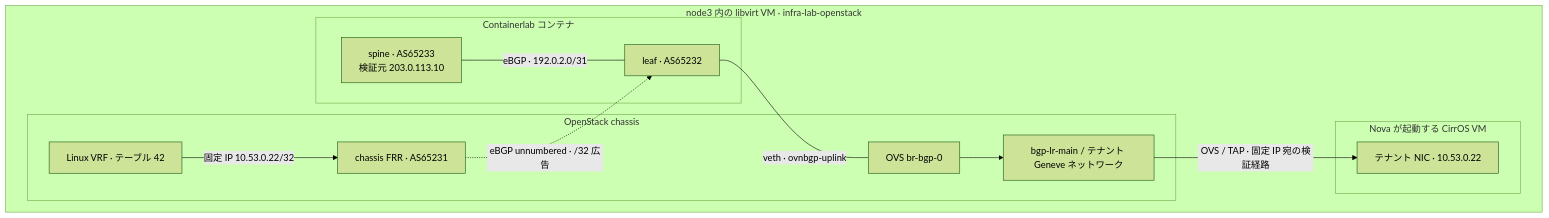
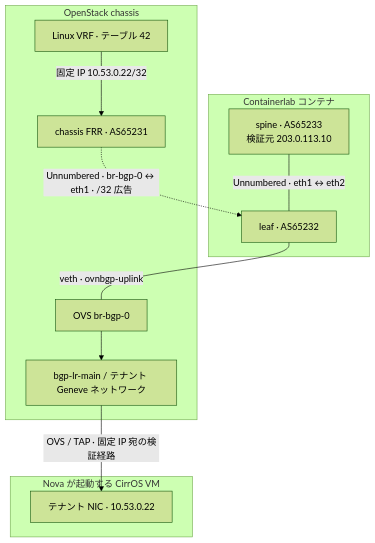
One commit to sugaf1204/infra-lab changed the diagram in openstack-ovn-bgp-service-plugin/README.md. Above: the diagram before and after it, drawn with Mermaid (forest theme). The commit also changed other lines of this file and 19 other files, not shown here.

Commit message:
Use interface-only BGP unnumbered throughout the lab

````diff
--- a/openstack-ovn-bgp-service-plugin/README.md
+++ b/openstack-ovn-bgp-service-plugin/README.md
@@ -7,24 +7,22 @@
 ```mermaid
 flowchart TB
-    subgraph HOST["node3 内の libvirt VM · infra-lab-openstack"]
-        subgraph CLAB["Containerlab コンテナ"]
-            SPINE["spine · AS65233<br/>検証元 203.0.113.10"]
-            LEAF["leaf · AS65232"]
-            SPINE ---|"eBGP · 192.0.2.0/31"| LEAF
-        end
-        subgraph CHASSIS["OpenStack chassis"]
-            FRR["chassis FRR · AS65231"]
-            UPLINK["OVS br-bgp-0"]
-            VRF["Linux VRF · テーブル 42"]
-            ROUTER["bgp-lr-main / テナント Geneve ネットワーク"]
-            VRF -->|"固定 IP 10.53.0.22/32"| FRR
-            UPLINK --> ROUTER
-        end
-        subgraph GUEST["Nova が起動する CirrOS VM"]
-            VNIC["テナント NIC · 10.53.0.22"]
-        end
-        LEAF ---|"veth · ovnbgp-uplink"| UPLINK
-        FRR -.->|"eBGP unnumbered · /32 広告"| LEAF
-        ROUTER -->|"OVS / TAP · 固定 IP 宛の検証経路"| VNIC
+    subgraph CLAB["Containerlab コンテナ"]
+        SPINE["spine · AS65233<br/>検証元 203.0.113.10"]
+        LEAF["leaf · AS65232"]
+        SPINE ---|"Unnumbered · eth1 ↔ eth2"| LEAF
     end
+    subgraph CHASSIS["OpenStack chassis"]
+        FRR["chassis FRR · AS65231"]
+        UPLINK["OVS br-bgp-0"]
+        VRF["Linux VRF · テーブル 42"]
+        ROUTER["bgp-lr-main / テナント Geneve ネットワーク"]
+        VRF -->|"固定 IP 10.53.0.22/32"| FRR
+        UPLINK --> ROUTER
+    end
+    subgraph GUEST["Nova が起動する CirrOS VM"]
+        VNIC["テナント NIC · 10.53.0.22"]
+    end
+    LEAF ---|"veth · ovnbgp-uplink"| UPLINK
+    FRR -.->|"Unnumbered · br-bgp-0 ↔ eth1 · /32 広告"| LEAF
+    ROUTER -->|"OVS / TAP · 固定 IP 宛の検証経路"| VNIC
 ```
````
